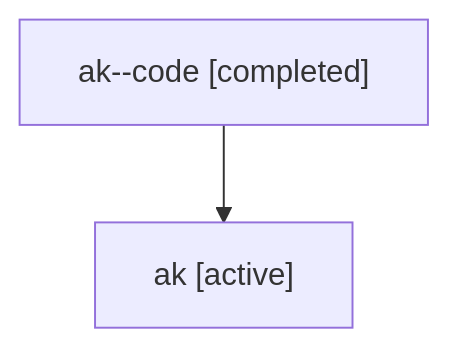
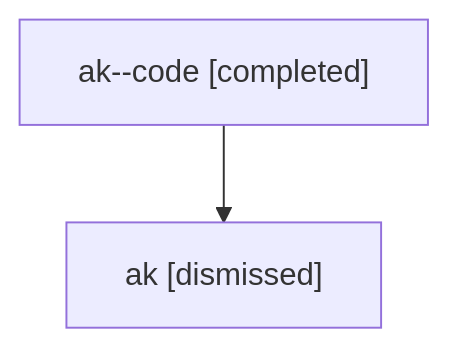
Before and after one commit to sase-org/sase--agents: the diagram in sessions/bbugyi200.athena.ak.md, drawn with Mermaid. The commit also changed other lines of this file and 34 other files, not shown here.

````diff
--- a/sessions/bbugyi200.athena.ak.md
+++ b/sessions/bbugyi200.athena.ak.md
@@ -9,6 +9,6 @@
 ```mermaid
 flowchart TD
   n0["ak--code [completed]"]
-  n1["ak [active]"]
+  n1["ak [dismissed]"]
   n0 --> n1
 ```
````
